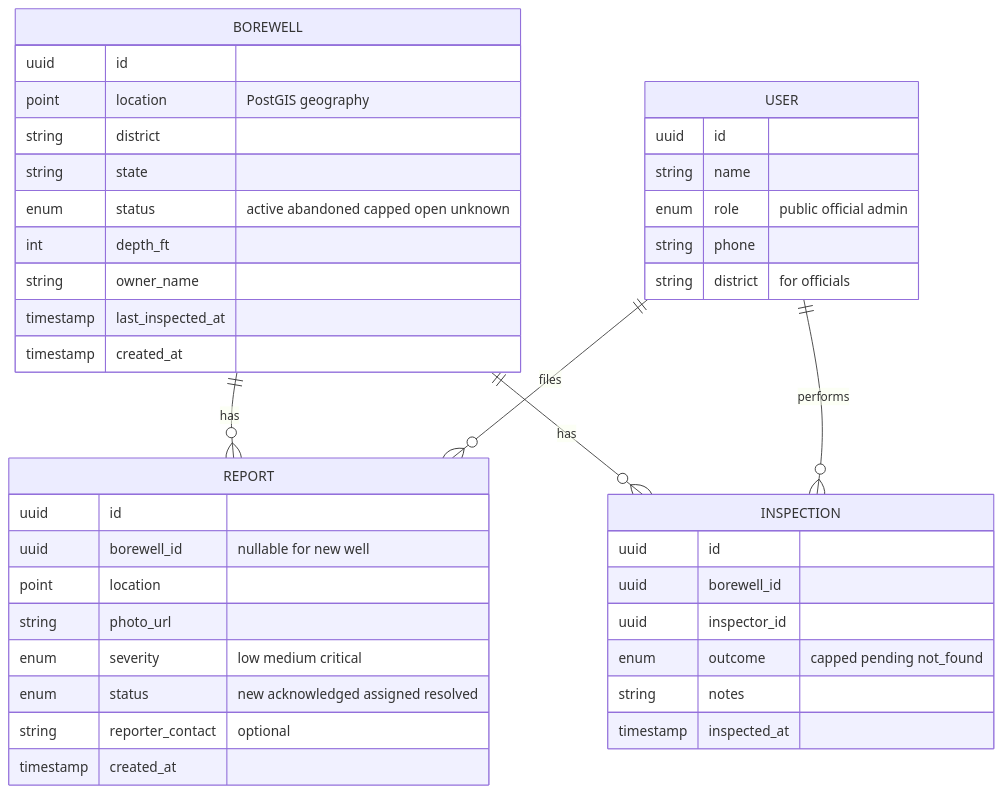
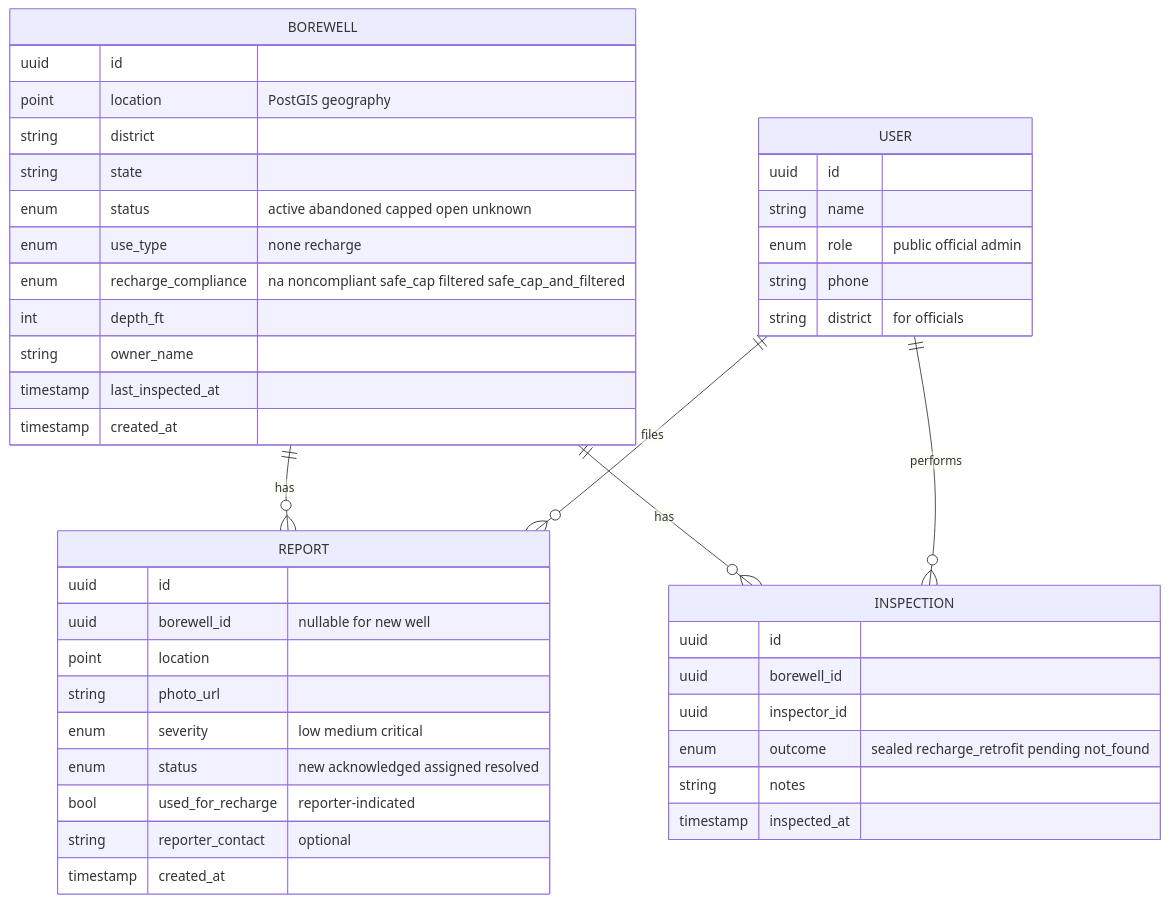
One commit to msjammu/SafeWell changed the second of 3 diagrams in docs/PLANNING.md. Above: the diagram before and after it, drawn with Mermaid. The commit also changed other lines of this file and 1 other file, not shown here.

Commit message:
Add groundwater-recharge design constraint and pollution context

````diff
--- a/docs/PLANNING.md
+++ b/docs/PLANNING.md
@@ -136,44 +160,47 @@
 ```mermaid
 erDiagram
     BOREWELL ||--o{ REPORT : "has"
     BOREWELL ||--o{ INSPECTION : "has"
     USER ||--o{ REPORT : "files"
     USER ||--o{ INSPECTION : "performs"
 
     BOREWELL {
       uuid id
       point location  "PostGIS geography"
       string district
       string state
       enum status  "active abandoned capped open unknown"
+      enum use_type  "none recharge"
+      enum recharge_compliance  "na noncompliant safe_cap filtered safe_cap_and_filtered"
       int depth_ft
       string owner_name
       timestamp last_inspected_at
       timestamp created_at
     }
     REPORT {
       uuid id
       uuid borewell_id  "nullable for new well"
       point location
       string photo_url
       enum severity  "low medium critical"
       enum status  "new acknowledged assigned resolved"
+      bool used_for_recharge  "reporter-indicated"
       string reporter_contact  "optional"
       timestamp created_at
     }
     INSPECTION {
       uuid id
       uuid borewell_id
       uuid inspector_id
-      enum outcome  "capped pending not_found"
+      enum outcome  "sealed recharge_retrofit pending not_found"
       string notes
       timestamp inspected_at
     }
     USER {
       uuid id
       string name
       enum role  "public official admin"
       string phone
       string district  "for officials"
     }
 ```
````
